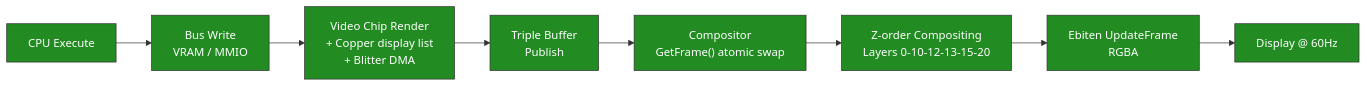
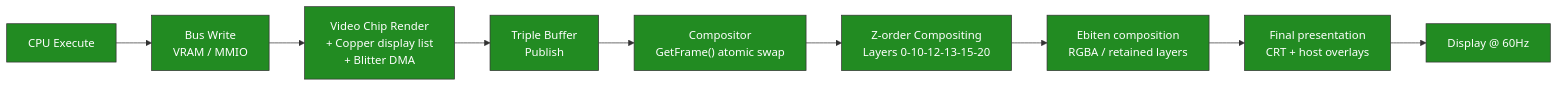
One commit to IntuitionAmiga/IntuitionEngine changed the tenth of 12 diagrams in sdk/docs/architecture.md. Above: the diagram before and after it, drawn with Mermaid. The commit also changed other lines of this file and 127 other files, not shown here.

````diff
--- a/sdk/docs/architecture.md
+++ b/sdk/docs/architecture.md
@@ -2030,16 +2050,17 @@
 ```mermaid
 graph LR
     EX["CPU Execute"]
     BW["Bus Write<br/>VRAM / MMIO"]
     VR["Video Chip Render<br/>+ Copper display list<br/>+ Blitter DMA"]
     TB["Triple Buffer<br/>Publish"]
     GF["Compositor<br/>GetFrame() atomic swap"]
     ZO["Z-order Compositing<br/>Layers 0-10-12-13-15-20"]
-    EB["Ebiten UpdateFrame<br/>RGBA"]
+    EB["Ebiten composition<br/>RGBA / retained layers"]
+    CRT["Final presentation<br/>CRT + host overlays"]
     DSP["Display @ 60Hz"]
 
-    EX --> BW --> VR --> TB --> GF --> ZO --> EB --> DSP
+    EX --> BW --> VR --> TB --> GF --> ZO --> EB --> CRT --> DSP
 
     classDef flow fill:#228B22,stroke:#333,color:#fff
-    class EX,BW,VR,TB,GF,ZO,EB,DSP flow
+    class EX,BW,VR,TB,GF,ZO,EB,CRT,DSP flow
 ```
````
